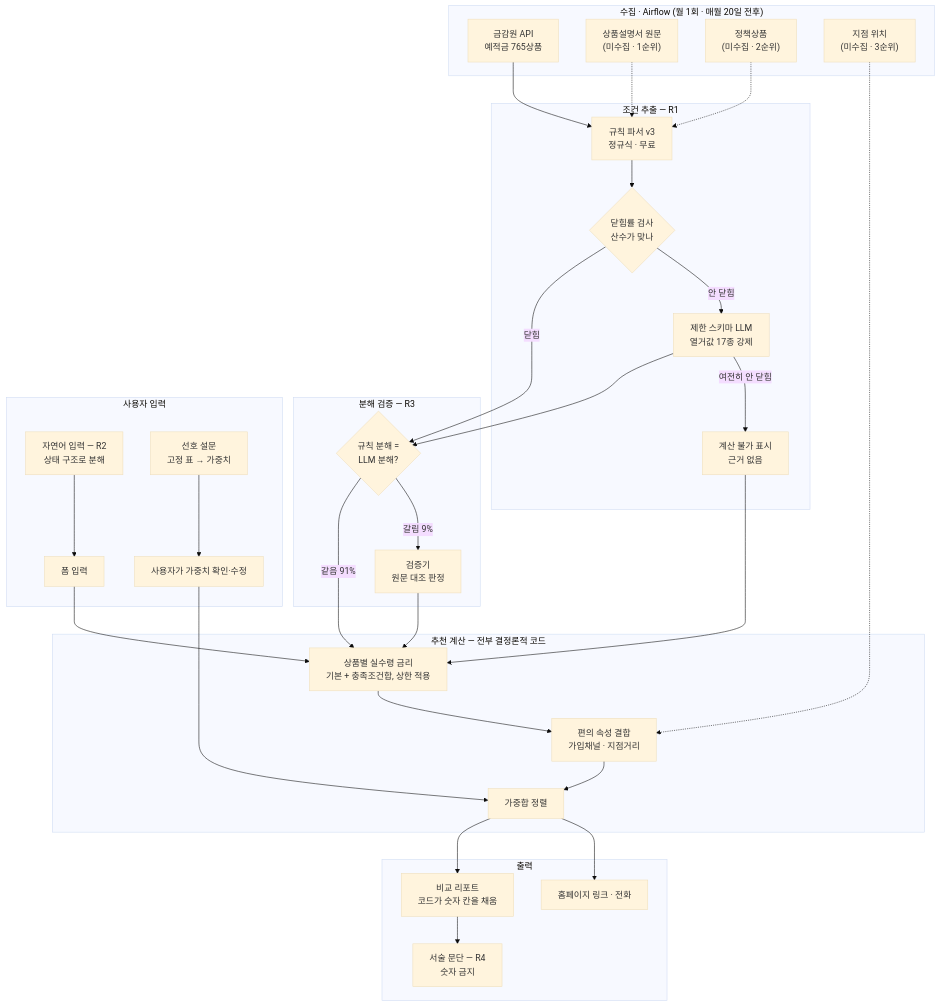
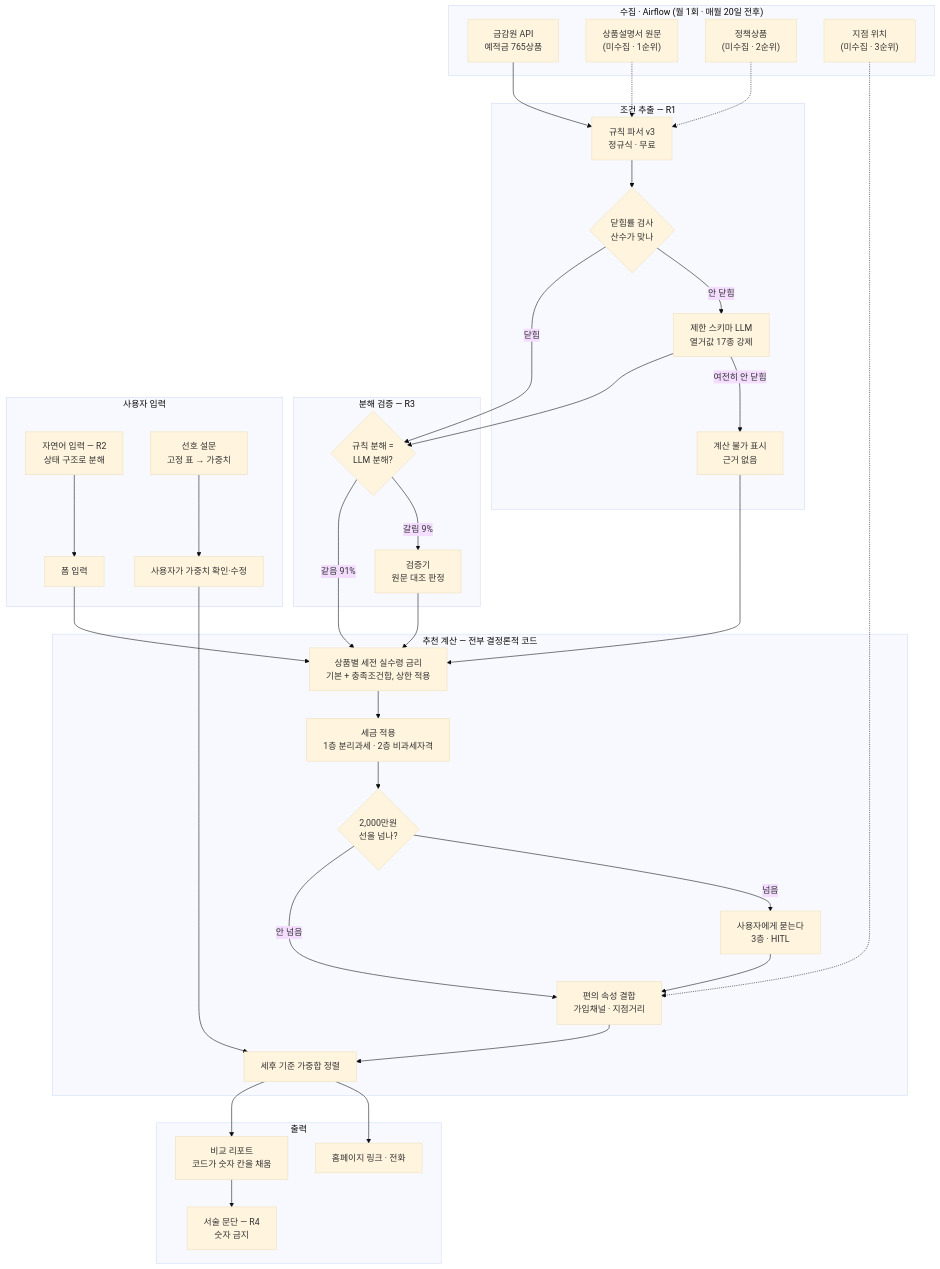
The diagram in docs/spec/design.md (hyos0415/fineprint), drawn with Mermaid (base theme) before and after one commit. The commit also changed other lines of this file and 1 other file, not shown here.

First line of the commit message:
docs: add tax calculation to the design (3 layers + HITL gate)

````diff
--- a/docs/spec/design.md
+++ b/docs/spec/design.md
@@ -15,63 +15,69 @@
 ```mermaid
 flowchart TB
     subgraph COLLECT["수집 · Airflow (월 1회 · 매월 20일 전후)"]
         A1["금감원 API<br/>예적금 765상품"]
         A2["상품설명서 원문<br/>(미수집 · 1순위)"]
         A3["정책상품<br/>(미수집 · 2순위)"]
         A4["지점 위치<br/>(미수집 · 3순위)"]
     end
 
     subgraph EXTRACT["조건 추출 — R1"]
         B1["규칙 파서 v3<br/>정규식 · 무료"]
         B2{"닫힘률 검사<br/>산수가 맞나"}
         B3["제한 스키마 LLM<br/>열거값 17종 강제"]
         B4["계산 불가 표시<br/>근거 없음"]
     end
 
     subgraph VERIFY["분해 검증 — R3"]
         C1{"규칙 분해 =<br/>LLM 분해?"}
         C2["검증기<br/>원문 대조 판정"]
     end
 
     subgraph USER["사용자 입력"]
         D1["폼 입력"]
         D2["자연어 입력 — R2<br/>상태 구조로 분해"]
         D3["선호 설문<br/>고정 표 → 가중치"]
         D4["사용자가 가중치 확인·수정"]
     end
 
     subgraph CALC["추천 계산 — 전부 결정론적 코드"]
-        E1["상품별 실수령 금리<br/>기본 + 충족조건합, 상한 적용"]
+        E1["상품별 세전 실수령 금리<br/>기본 + 충족조건합, 상한 적용"]
+        E1b["세금 적용<br/>1층 분리과세 · 2층 비과세자격"]
+        E1c{"2,000만원<br/>선을 넘나?"}
+        E1d["사용자에게 묻는다<br/>3층 · HITL"]
         E2["편의 속성 결합<br/>가입채널 · 지점거리"]
-        E3["가중합 정렬"]
+        E3["세후 기준 가중합 정렬"]
     end
 
     subgraph OUT["출력"]
         F1["비교 리포트<br/>코드가 숫자 칸을 채움"]
         F2["서술 문단 — R4<br/>숫자 금지"]
         F3["홈페이지 링크 · 전화"]
     end
 
     A1 --> B1
     A2 -.-> B1
     A3 -.-> B1
     B1 --> B2
     B2 -->|닫힘| C1
     B2 -->|안 닫힘| B3
     B3 --> C1
     B3 -->|여전히 안 닫힘| B4
     C1 -->|같음 91%| E1
     C1 -->|갈림 9%| C2
     C2 --> E1
     B4 --> E1
 
     D1 --> E1
     D2 --> D1
     D3 --> D4
     D4 --> E3
 
     A4 -.-> E2
-    E1 --> E2 --> E3
+    E1 --> E1b --> E1c
+    E1c -->|안 넘음| E2
+    E1c -->|넘음| E1d --> E2
+    E2 --> E3
     E3 --> F1 --> F2
     E3 --> F3
 ```
````
